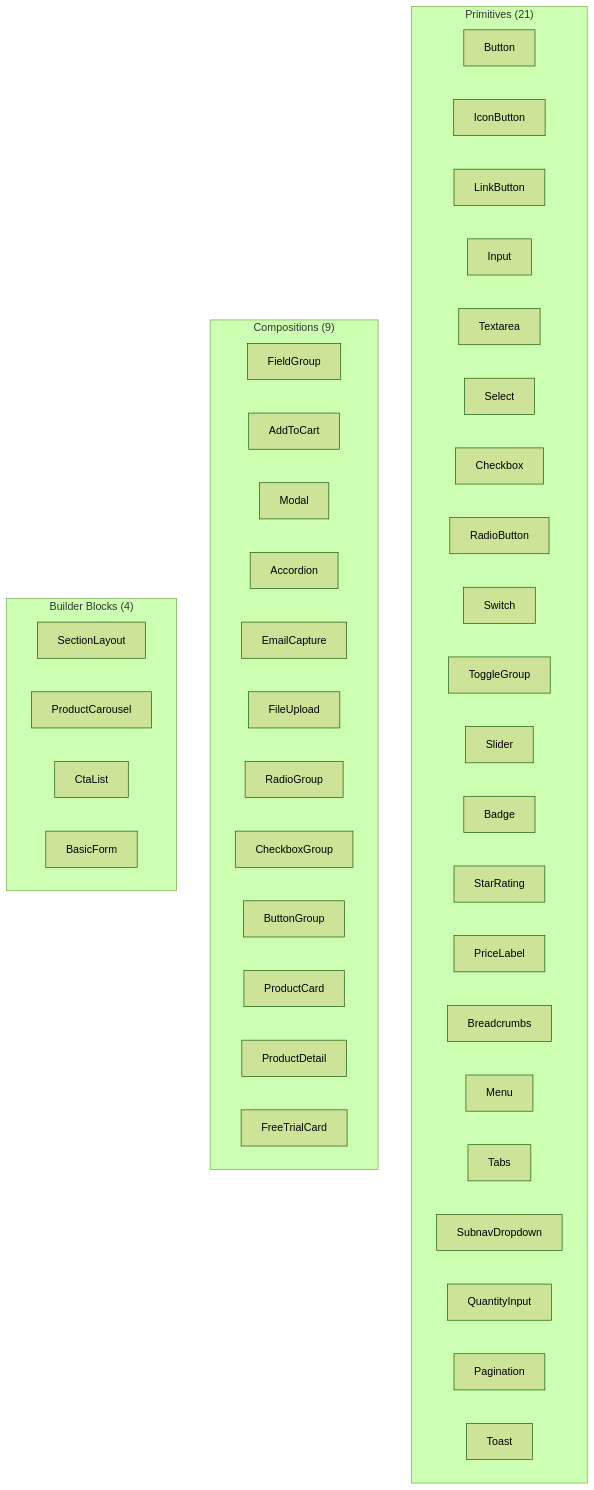
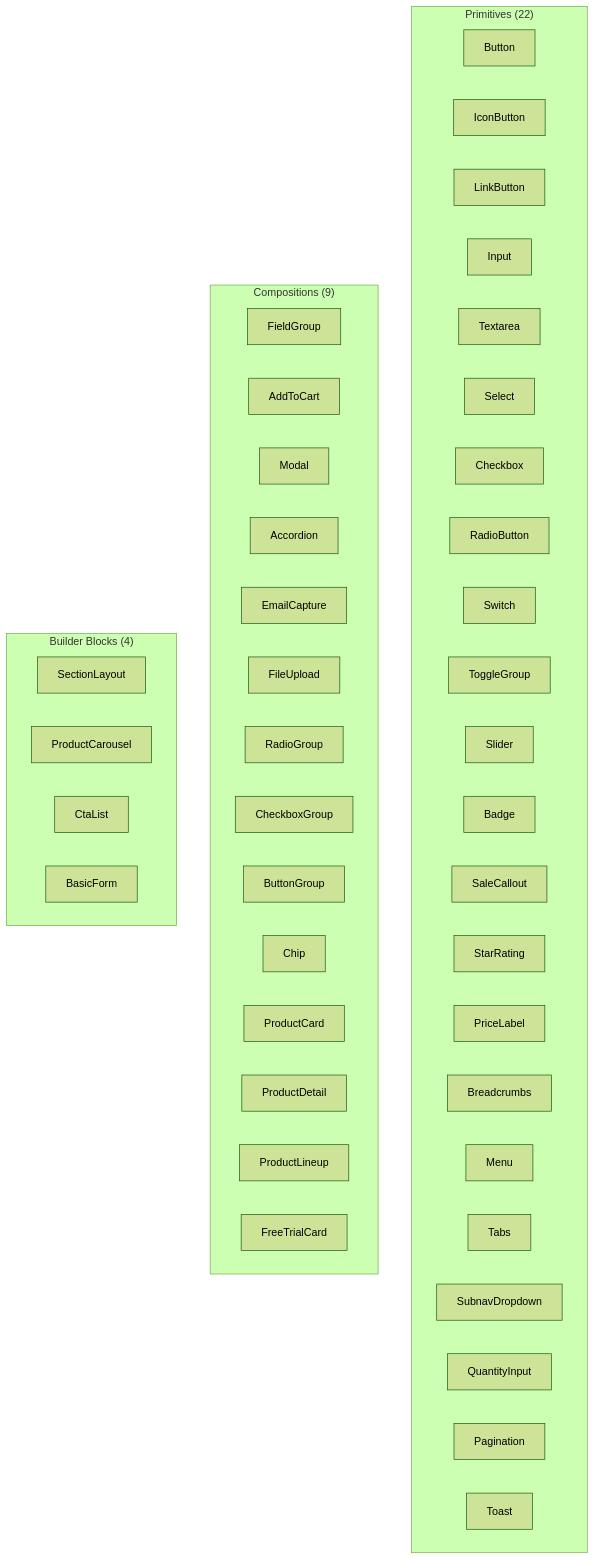
Before and after one commit to calebn/design-system-theme-evolution: the first of 2 diagrams in inventory/docs/08-taxonomy.md, drawn with Mermaid (forest theme). The commit also changed other lines of this file and 13 other files, not shown here.

````diff
--- a/inventory/docs/08-taxonomy.md
+++ b/inventory/docs/08-taxonomy.md
@@ -17,46 +17,49 @@
 ```mermaid
 graph TD
-  subgraph primitives ["Primitives (21)"]
+  subgraph primitives ["Primitives (22)"]
     Button["Button"]
     IconButton["IconButton"]
     LinkButton["LinkButton"]
     Input["Input"]
     Textarea["Textarea"]
     Select["Select"]
     Checkbox["Checkbox"]
     RadioButton["RadioButton"]
     Switch["Switch"]
     ToggleGroup["ToggleGroup"]
     Slider["Slider"]
     Badge["Badge"]
+    SaleCallout["SaleCallout"]
     StarRating["StarRating"]
     PriceLabel["PriceLabel"]
     Breadcrumbs["Breadcrumbs"]
     Menu["Menu"]
     Tabs["Tabs"]
     SubnavDropdown["SubnavDropdown"]
     QuantityInput["QuantityInput"]
     Pagination["Pagination"]
     Toast["Toast"]
   end
   subgraph compositions ["Compositions (9)"]
     FieldGroup["FieldGroup"]
     AddToCart["AddToCart"]
     Modal["Modal"]
     Accordion["Accordion"]
     EmailCapture["EmailCapture"]
     FileUpload["FileUpload"]
     RadioGroup["RadioGroup"]
     CheckboxGroup["CheckboxGroup"]
     ButtonGroup["ButtonGroup"]
+    Chip["Chip"]
     ProductCard["ProductCard"]
     ProductDetail["ProductDetail"]
+    ProductLineup["ProductLineup"]
     FreeTrialCard["FreeTrialCard"]
   end
   subgraph builderBlocks ["Builder Blocks (4)"]
     SectionLayout["SectionLayout"]
     ProductCarousel["ProductCarousel"]
     CtaList["CtaList"]
     BasicForm["BasicForm"]
   end
 ```
````
